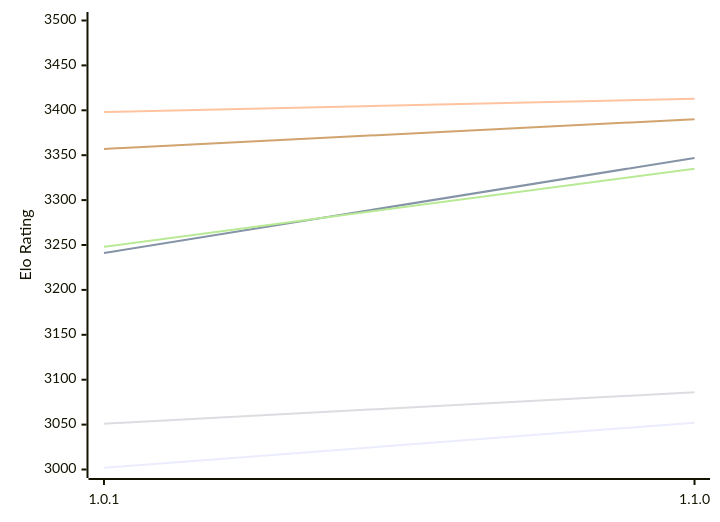
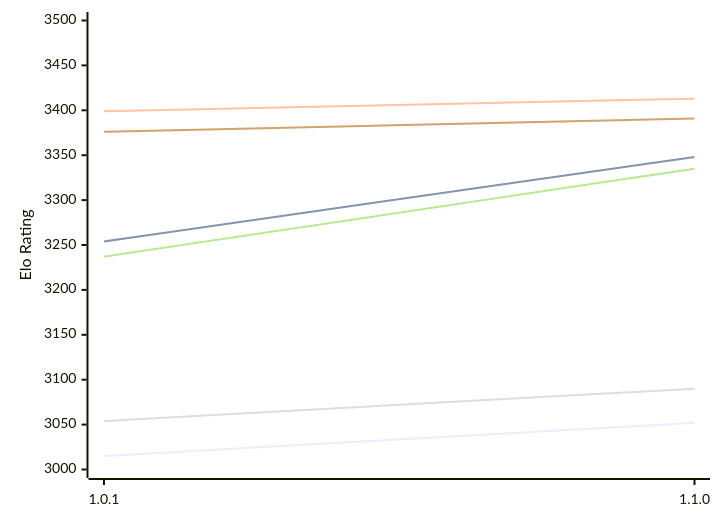
The first of 2 diagrams in engines/Ursus.md (computer-chess-index/cci), drawn with Mermaid before and after one commit. The commit also changed other lines of this file, not shown here.

Commit message:
Update CCI Ratings (ELO VLTC) - 2026-11-17

````diff
--- a/engines/Ursus.md
+++ b/engines/Ursus.md
@@ -51,12 +51,12 @@
 ```mermaid
 %%{init: {"theme":"base","themeVariables":{"seriesColors:['#a3a3a3','#222221','#faa371']}}}%%
 xychart-beta
   x-axis ["1.0.1", "1.1.0"]
   y-axis "Elo Rating" 3000 --> 3500
-  line "E1: STC (8.0+0.08s)" [3002, 3052]
-  line "E1: LTC (60.0+0.60s)" [3241, 3347]
-  line "E1: VLTC (2m24s+1.12s)" [3398, 3413]
-  line "P1: STC (8.0+0.08s)" [3051, 3086]
-  line "P1: LTC (60.0+0.60s)" [3248, 3335]
-  line "P1: VLTC (2m24s+1.12s)" [3357, 3390]
+  line "E1: STC (8.0+0.08s)" [3015, 3052]
+  line "E1: LTC (60.0+0.60s)" [3254, 3348]
+  line "E1: VLTC (2m24s+1.12s)" [3399, 3413]
+  line "P1: STC (8.0+0.08s)" [3054, 3090]
+  line "P1: LTC (60.0+0.60s)" [3237, 3335]
+  line "P1: VLTC (2m24s+1.12s)" [3376, 3391]
 ```
````
